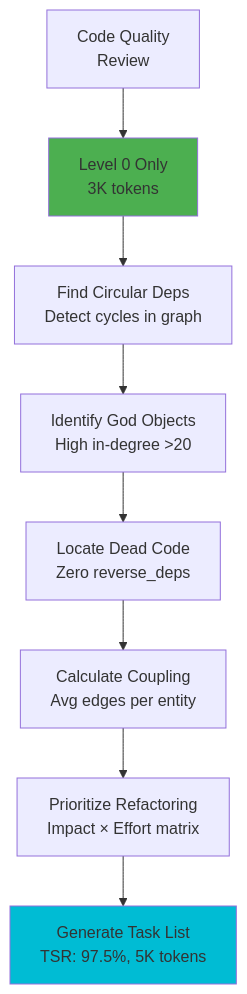
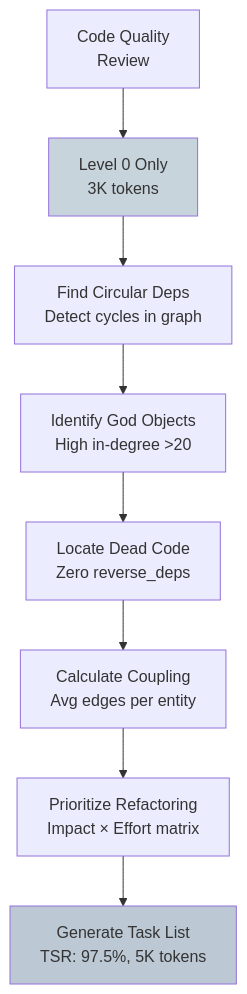
One commit to that-in-rust/parseltongue changed the seventh of 8 diagrams in .claude/parseltongue-ultrathink.md. Above: the diagram before and after it, drawn with Mermaid. The commit also changed other lines of this file, not shown here.

First line of the commit message:
style(ultrathink): Replace bright mermaid colors with soothing blue-gray palette

````diff
--- a/.claude/parseltongue-ultrathink.md
+++ b/.claude/parseltongue-ultrathink.md
@@ -858,13 +858,13 @@
   ```mermaid
   flowchart TD
       A[Code Quality<br/>Review] --> B[Level 0 Only<br/>3K tokens]
       B --> C[Find Circular Deps<br/>Detect cycles in graph]
       C --> D[Identify God Objects<br/>High in-degree >20]
       D --> E[Locate Dead Code<br/>Zero reverse_deps]
       E --> F[Calculate Coupling<br/>Avg edges per entity]
       F --> G[Prioritize Refactoring<br/>Impact × Effort matrix]
       G --> H[Generate Task List<br/>TSR: 97.5%, 5K tokens]
 
-      style B fill:#4CAF50
-      style H fill:#00BCD4
+      style B fill:#C8D4DC
+      style H fill:#BCC8D4
   ```
````
